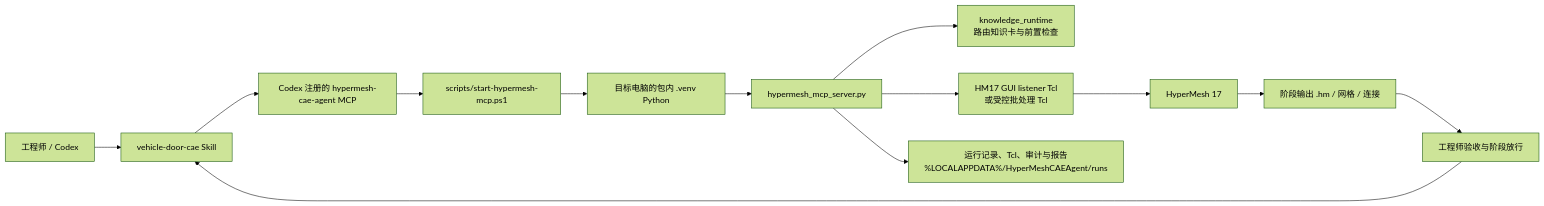
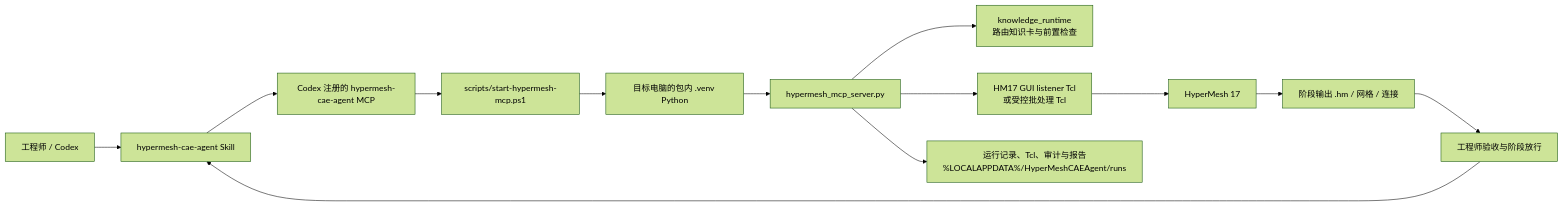
The diagram in ARCHITECTURE.md (winn126/hypermesh-cae-agent), drawn with Mermaid (forest theme) before and after one commit. The commit also changed other lines of this file and 19 other files, not shown here.

First line of the commit message:
feat: generalize HyperMesh CAE Agent entry skill

````diff
--- a/ARCHITECTURE.md
+++ b/ARCHITECTURE.md
@@ -15,16 +22,16 @@
 ```mermaid
 flowchart LR
-    U[工程师 / Codex] --> S[vehicle-door-cae Skill]
+    U[工程师 / Codex] --> S[hypermesh-cae-agent Skill]
     S --> C[Codex 注册的 hypermesh-cae-agent MCP]
     C --> L[scripts/start-hypermesh-mcp.ps1]
     L --> P[目标电脑的包内 .venv Python]
     P --> R[hypermesh_mcp_server.py]
     R --> K["knowledge_runtime<br/>路由知识卡与前置检查"]
     R --> G[HM17 GUI listener Tcl
     或受控批处理 Tcl]
     G --> H[HyperMesh 17]
     H --> M[阶段输出 .hm / 网格 / 连接]
     R --> A["运行记录、Tcl、审计与报告<br/>%LOCALAPPDATA%/HyperMeshCAEAgent/runs"]
     M --> V[工程师验收与阶段放行]
     V --> S
 ```
````
